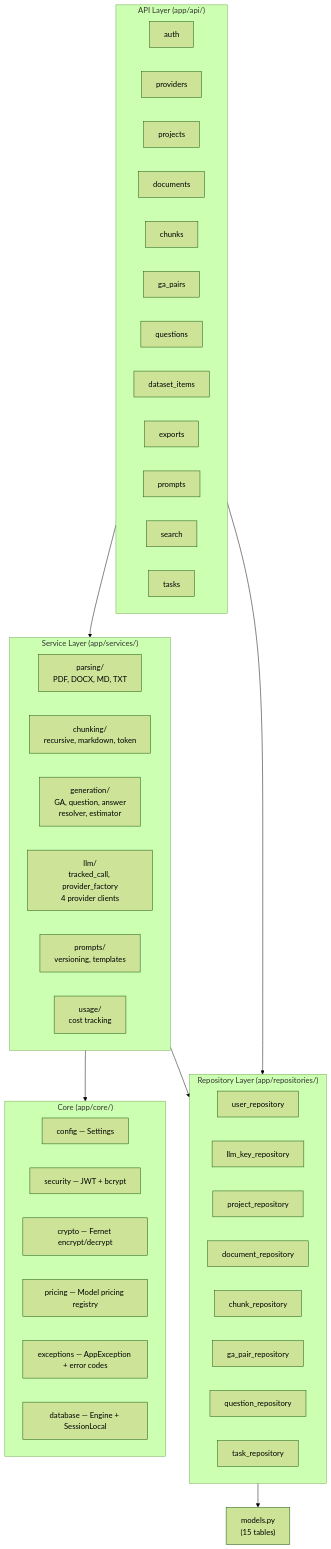
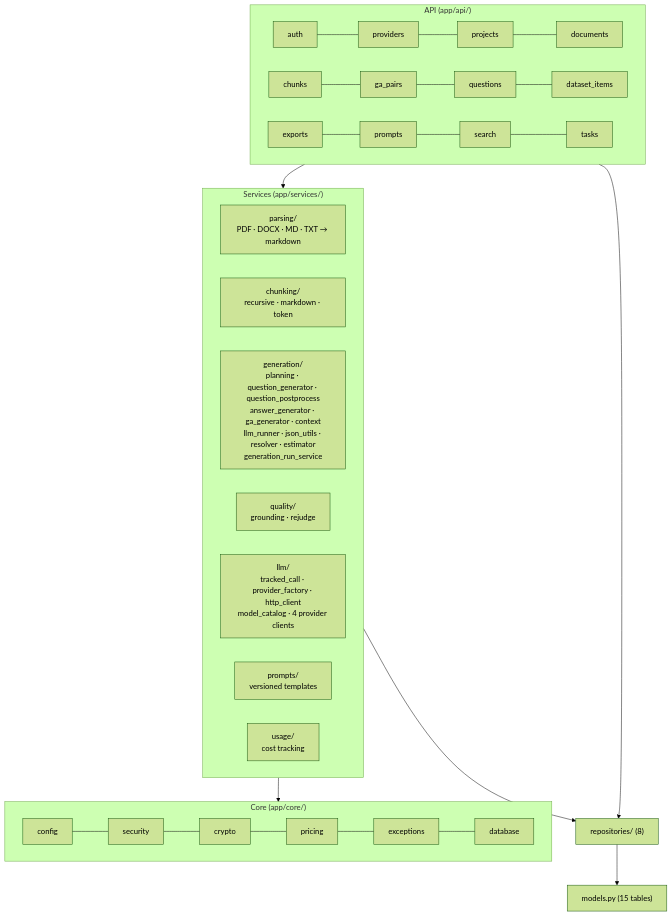
The second of 8 diagrams in README.md (Mukassir-Ahmed-Farooqui/quick-dataset), drawn with Mermaid (forest theme) before and after one commit. The commit also changed other lines of this file, not shown here.

Commit message:
docs(readme): update architecture, pipeline, status, folder structure, env vars, API and tests (#7)

````diff
--- a/README.md
+++ b/README.md
@@ -296,52 +333,28 @@
 ```mermaid
 graph TD
-    subgraph API["API Layer (app/api/)"]
-        A1[auth]
-        A2[providers]
-        A3[projects]
-        A4[documents]
-        A5[chunks]
-        A6[ga_pairs]
-        A7[questions]
-        A8[dataset_items]
-        A9[exports]
-        A10[prompts]
-        A11[search]
-        A12[tasks]
+    subgraph API["API (app/api/)"]
+        A1[auth] --- A2[providers] --- A3[projects] --- A4[documents]
+        A5[chunks] --- A6[ga_pairs] --- A7[questions] --- A8[dataset_items]
+        A9[exports] --- A10[prompts] --- A11[search] --- A12[tasks]
     end
 
-    subgraph Services["Service Layer (app/services/)"]
-        S1[parsing/<br/>PDF, DOCX, MD, TXT]
-        S2[chunking/<br/>recursive, markdown, token]
-        S3[generation/<br/>GA, question, answer<br/>resolver, estimator]
-        S4[llm/<br/>tracked_call, provider_factory<br/>4 provider clients]
-        S5[prompts/<br/>versioning, templates]
-        S6[usage/<br/>cost tracking]
-    end
-
-    subgraph Repos["Repository Layer (app/repositories/)"]
-        R1[user_repository]
-        R2[llm_key_repository]
-        R3[project_repository]
-        R4[document_repository]
-        R5[chunk_repository]
-        R6[ga_pair_repository]
-        R7[question_repository]
-        R8[task_repository]
+    subgraph Services["Services (app/services/)"]
+        S1["parsing/<br/>PDF · DOCX · MD · TXT → markdown"]
+        S2["chunking/<br/>recursive · markdown · token"]
+        S3["generation/<br/>planning · question_generator · question_postprocess<br/>answer_generator · ga_generator · context<br/>llm_runner · json_utils · resolver · estimator<br/>generation_run_service"]
+        S7["quality/<br/>grounding · rejudge"]
+        S4["llm/<br/>tracked_call · provider_factory · http_client<br/>model_catalog · 4 provider clients"]
+        S5["prompts/<br/>versioned templates"]
+        S6["usage/<br/>cost tracking"]
     end
 
     subgraph Core["Core (app/core/)"]
-        C1[config — Settings]
-        C2[security — JWT + bcrypt]
-        C3[crypto — Fernet encrypt/decrypt]
-        C4[pricing — Model pricing registry]
-        C5[exceptions — AppException + error codes]
-        C6[database — Engine + SessionLocal]
+        C1[config] --- C2[security] --- C3[crypto] --- C4[pricing] --- C5[exceptions] --- C6[database]
     end
 
     API --> Services
-    API --> Repos
+    API --> Repos["repositories/ (8)"]
     Services --> Repos
     Services --> Core
-    Repos --> Models["models.py<br/>(15 tables)"]
+    Repos --> Models["models.py (15 tables)"]
 ```
````
